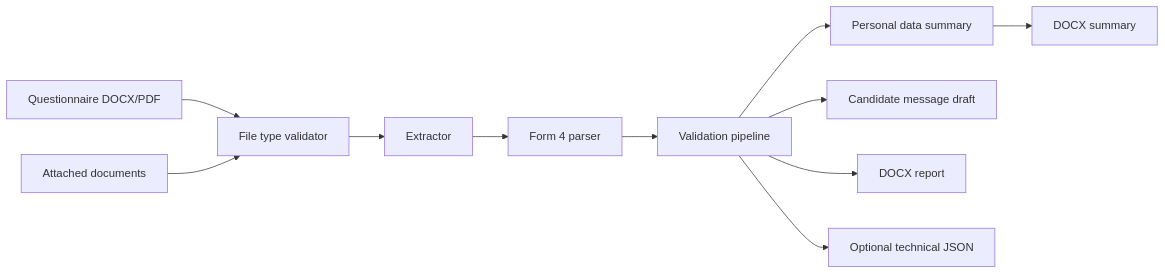
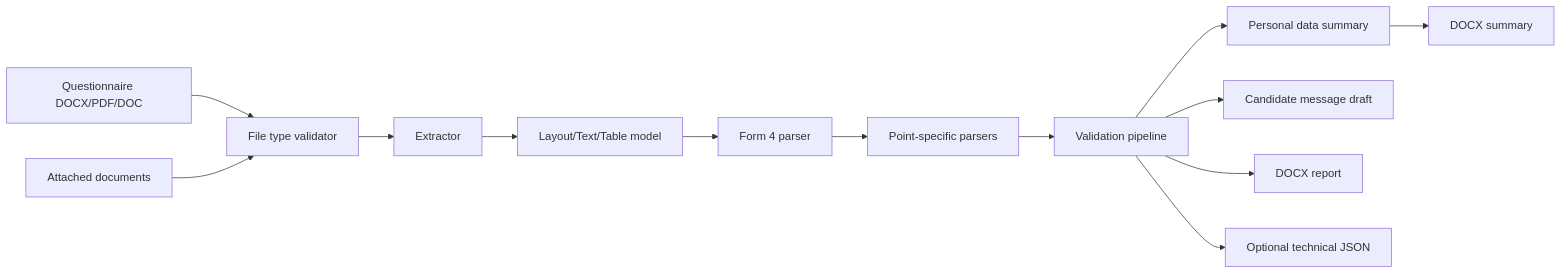
Before and after one commit to vrotebalsyka/parser: the diagram in docs/ARCHITECTURE.md, drawn with Mermaid. The commit also changed other lines of this file and 6 other files, not shown here.

````diff
--- a/docs/ARCHITECTURE.md
+++ b/docs/ARCHITECTURE.md
@@ -26,13 +26,15 @@
 ```mermaid
 flowchart LR
-  A["Questionnaire DOCX/PDF"] --> B["File type validator"]
+  A["Questionnaire DOCX/PDF/DOC"] --> B["File type validator"]
   D["Attached documents"] --> B
   B --> C["Extractor"]
-  C --> E["Form 4 parser"]
-  E --> F["Validation pipeline"]
+  C --> L["Layout/Text/Table model"]
+  L --> E["Form 4 parser"]
+  E --> P["Point-specific parsers"]
+  P --> F["Validation pipeline"]
   F --> G["Personal data summary"]
   F --> H["Candidate message draft"]
   F --> I["DOCX report"]
   G --> J["DOCX summary"]
   F --> K["Optional technical JSON"]
 ```
````
